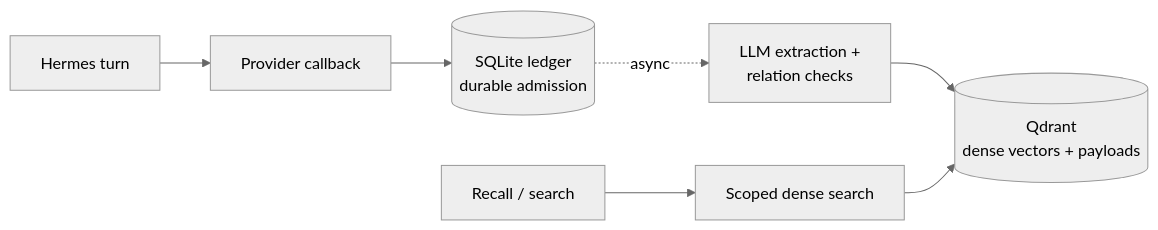
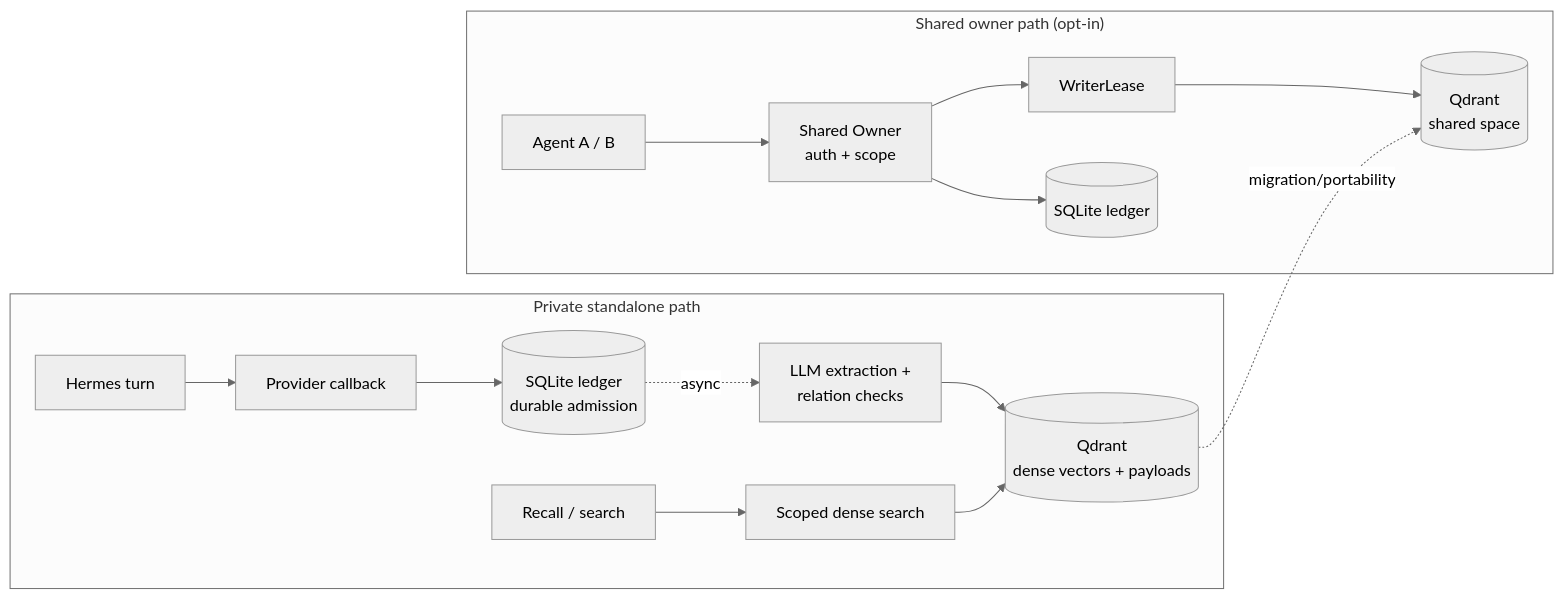
One commit to cnkang/hermes-plugin-qdrant-memory changed the diagram in README.md. Above: the diagram before and after it, drawn with Mermaid (neutral theme). The commit also changed other lines of this file and 3 other files, not shown here.

````diff
--- a/README.md
+++ b/README.md
@@ -58,9 +66,18 @@
 ```mermaid
 flowchart LR
-    turn["Hermes turn"] --> admit["Provider callback"]
-    admit --> ledger[("SQLite ledger<br/>durable admission")]
-    ledger -.async.-> extract["LLM extraction +<br/>relation checks"]
-    extract --> store[("Qdrant<br/>dense vectors + payloads")]
-    ask["Recall / search"] --> search["Scoped dense search"]
-    search --> store
+    subgraph Private["Private standalone path"]
+        turn["Hermes turn"] --> admit["Provider callback"]
+        admit --> ledger[("SQLite ledger<br/>durable admission")]
+        ledger -.async.-> extract["LLM extraction +<br/>relation checks"]
+        extract --> store[("Qdrant<br/>dense vectors + payloads")]
+        ask["Recall / search"] --> search["Scoped dense search"]
+        search --> store
+    end
+    subgraph Shared["Shared owner path (opt-in)"]
+        agent["Agent A / B"] --> owner["Shared Owner<br/>auth + scope"]
+        owner --> lease["WriterLease"]
+        lease --> store2[("Qdrant<br/>shared space")]
+        owner --> ledger2[("SQLite ledger")]
+    end
+    store -.migration/portability.-> store2
 ```
````
